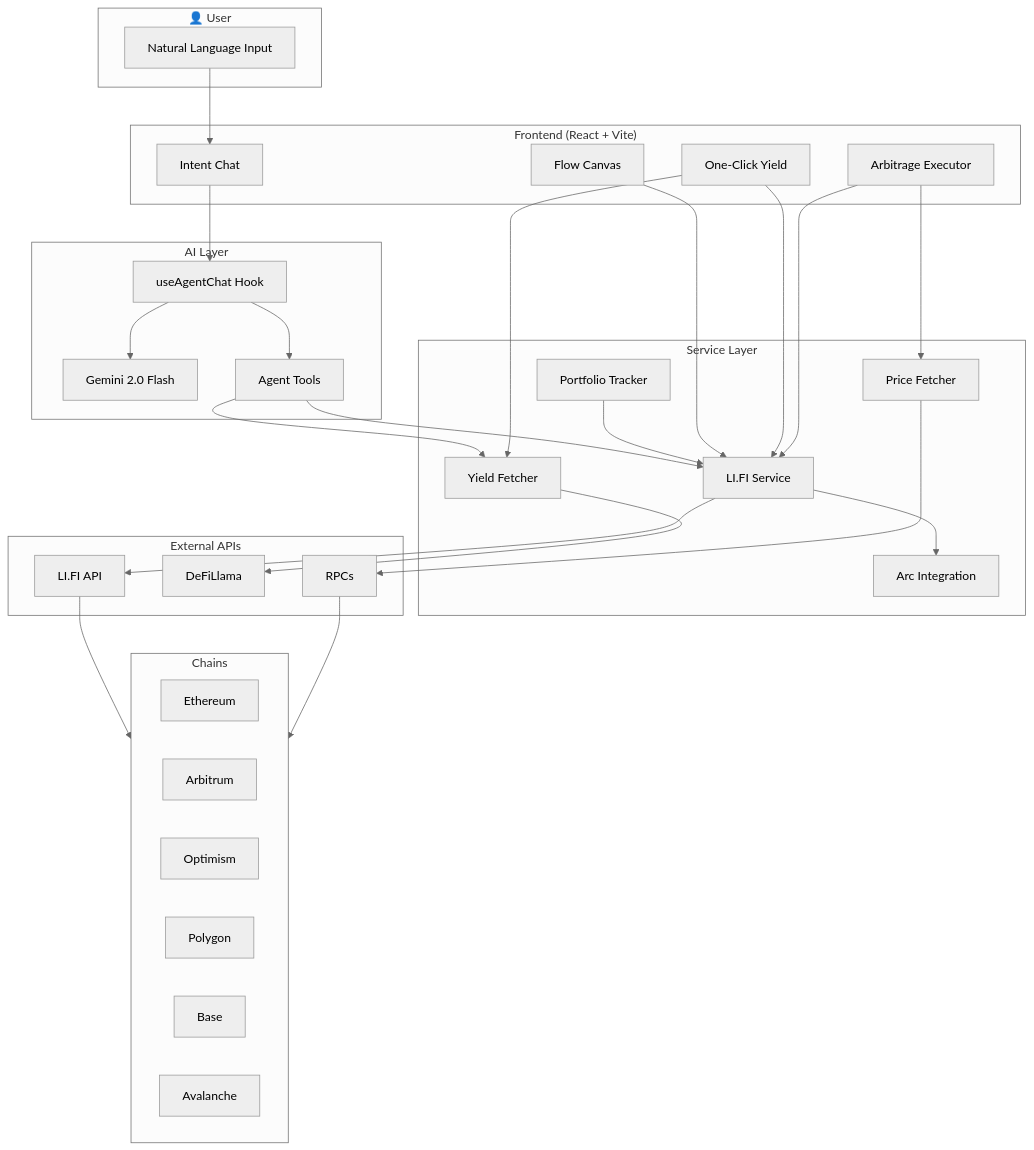
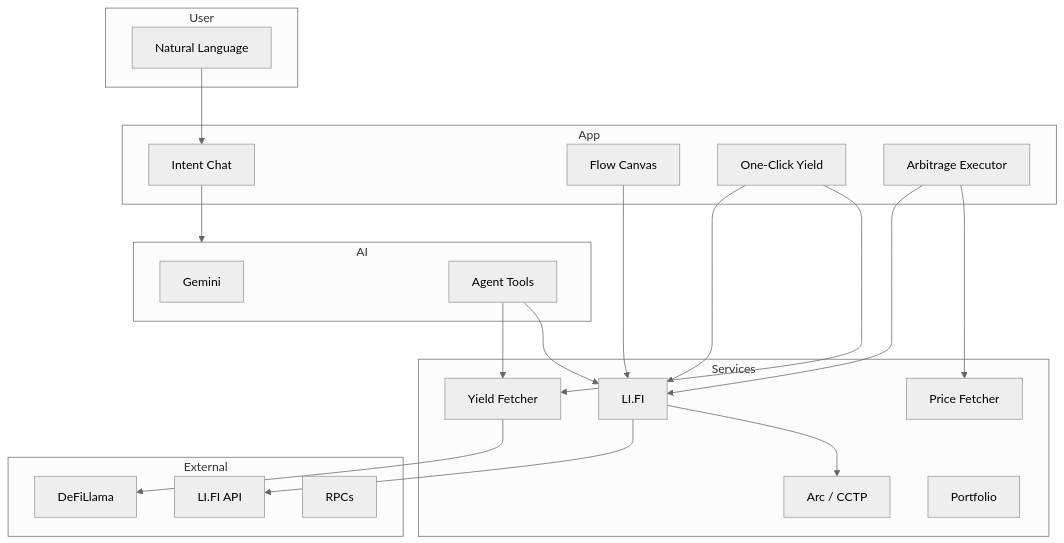
One commit to Ashar20/lifi-agents changed the first of 2 diagrams in README.md. Above: the diagram before and after it, drawn with Mermaid (neutral theme). The commit also changed other lines of this file and 6 other files, not shown here.

````diff
--- a/README.md
+++ b/README.md
@@ -89,65 +56,45 @@
 ```mermaid
 flowchart TB
-    subgraph User["👤 User"]
-        NL[Natural Language Input]
+    subgraph User["User"]
+        NL[Natural Language]
     end
 
-    subgraph Frontend["Frontend (React + Vite)"]
+    subgraph App["App"]
         IntentChat[Intent Chat]
         FlowCanvas[Flow Canvas]
         OneClick[One-Click Yield]
         ArbExec[Arbitrage Executor]
     end
 
-    subgraph AI["AI Layer"]
-        Gemini[Gemini 2.0 Flash]
-        useAgentChat[useAgentChat Hook]
+    subgraph AI["AI"]
+        Gemini[Gemini]
         agentTools[Agent Tools]
     end
 
-    subgraph Services["Service Layer"]
-        lifi[LI.FI Service]
-        arc[Arc Integration]
+    subgraph Services["Services"]
+        lifi[LI.FI]
+        arc[Arc / CCTP]
         yieldFetcher[Yield Fetcher]
         priceFetcher[Price Fetcher]
-        portfolioTracker[Portfolio Tracker]
+        portfolioTracker[Portfolio]
     end
 
-    subgraph External["External APIs"]
+    subgraph External["External"]
         lifiAPI[LI.FI API]
         defiLlama[DeFiLlama]
         RPC[RPCs]
     end
 
-    subgraph Chains["Chains"]
-        ETH[Ethereum]
-        ARB[Arbitrum]
-        OP[Optimism]
-        MATIC[Polygon]
-        BASE[Base]
-        AVAX[Avalanche]
-    end
-
     NL --> IntentChat
-    IntentChat --> useAgentChat
-    useAgentChat --> Gemini
-    useAgentChat --> agentTools
-
+    IntentChat --> AI
     agentTools --> lifi
     agentTools --> yieldFetcher
-
     lifi --> arc
     lifi --> lifiAPI
     yieldFetcher --> defiLlama
-    priceFetcher --> RPC
-    portfolioTracker --> lifi
-
-    lifiAPI --> Chains
-    RPC --> Chains
-
     FlowCanvas --> lifi
     OneClick --> yieldFetcher
     OneClick --> lifi
     ArbExec --> priceFetcher
     ArbExec --> lifi
 ```
````
